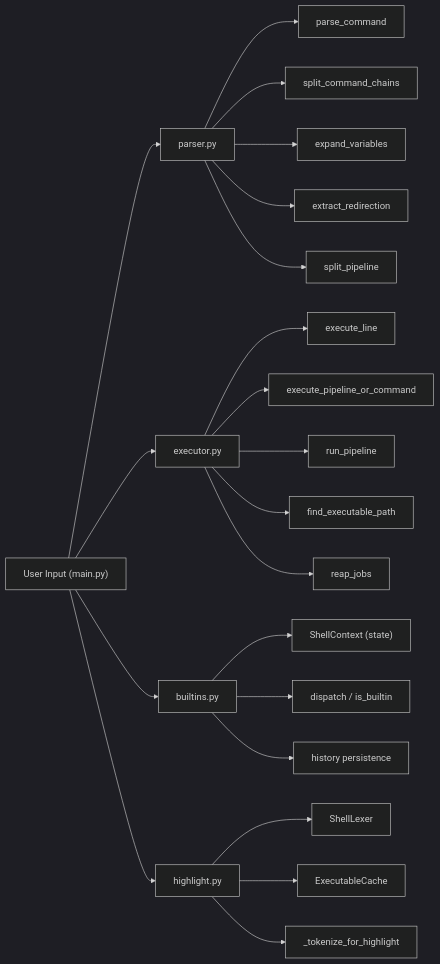
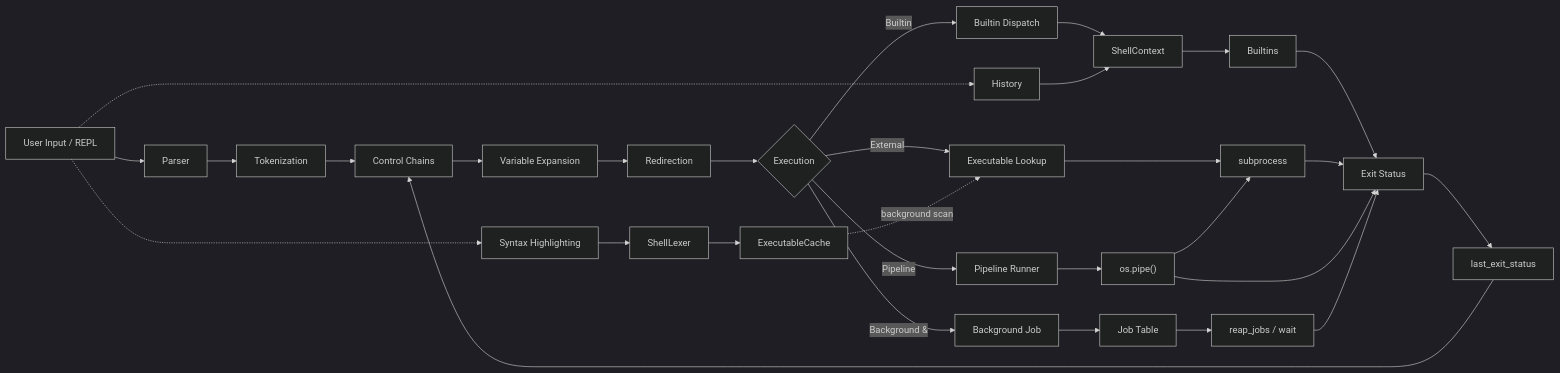
One commit to yravnit/PSH changed the diagram in README.md. Above: the diagram before and after it, drawn with Mermaid (dark theme). The commit also changed other lines of this file and 3 other files, not shown here.

Commit message:
docs: update README with demo gif, architecture diagram, and project metadata

````diff
--- a/README.md
+++ b/README.md
@@ -11,28 +16,42 @@
 ```mermaid
 flowchart LR
-    A["User Input (main.py)"]
+    A["User Input / REPL"] --> B["Parser"]
 
-    A --> B["parser.py"]
-    B --> C["parse_command"]
-    B --> D["split_command_chains"]
-    B --> E["expand_variables"]
-    B --> F["extract_redirection"]
-    B --> G["split_pipeline"]
+    B --> C["Tokenization"]
+    C --> D["Control Chains"]
+    D --> E["Variable Expansion"]
+    E --> F["Redirection"]
+    F --> G{"Execution"}
 
-    A --> H["executor.py"]
-    H --> I["execute_line"]
-    H --> J["execute_pipeline_or_command"]
-    H --> K["run_pipeline"]
-    H --> L["find_executable_path"]
-    H --> M["reap_jobs"]
+    G -->|Builtin| H["Builtin Dispatch"]
+    G -->|External| I["Executable Lookup"]
+    G -->|Pipeline| J["Pipeline Runner"]
+    G -->|Background &| K["Background Job"]
 
-    A --> N["builtins.py"]
-    N --> O["ShellContext (state)"]
-    N --> P["dispatch / is_builtin"]
-    N --> Q["history persistence"]
+    H --> L["ShellContext"]
+    L --> M["Builtins"]
+    
+    I --> N["subprocess"]
+    
+    J --> O["os.pipe()"]
+    O --> N
 
-    A --> R["highlight.py"]
-    R --> S["ShellLexer"]
-    R --> T["ExecutableCache"]
-    R --> U["_tokenize_for_highlight"]
+    K --> P["Job Table"]
+    P --> Q["reap_jobs / wait"]
+
+    M --> R["Exit Status"]
+    N --> R
+    O --> R
+    Q --> R
+
+    R --> S["last_exit_status"]
+    S --> D
+
+    A -.-> T["History"]
+    T --> L
+
+    A -.-> U["Syntax Highlighting"]
+    U --> V["ShellLexer"]
+    V --> W["ExecutableCache"]
+    W -.->|background scan| I
 ```
````
